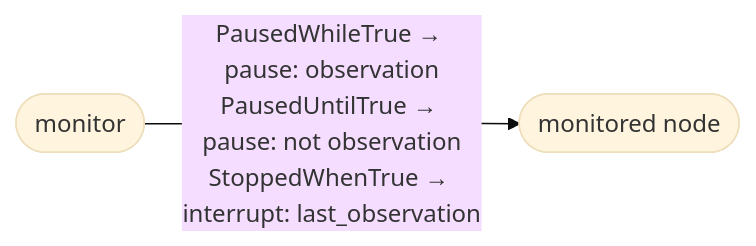
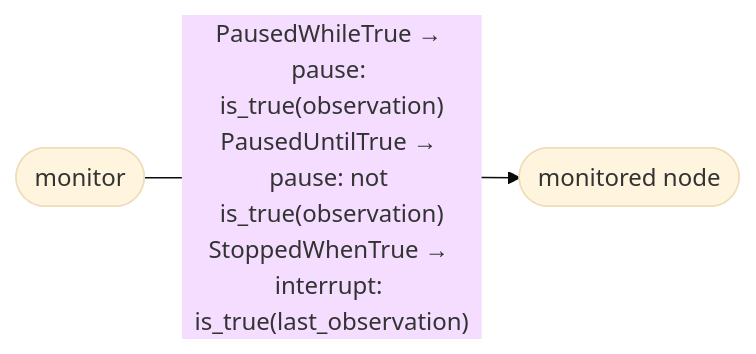
Before and after one commit to Tigul/cognitive_robot_abstract_machine: diagram 11 of 11 in giskardpy/doc/motion_statecharts.md, drawn with Mermaid (base theme). The commit also changed other lines of this file and 10 other files, not shown here.

````diff
--- a/giskardpy/doc/motion_statecharts.md
+++ b/giskardpy/doc/motion_statecharts.md
@@ -510,6 +525,6 @@
 ```{mermaid}
 flowchart LR
     monitor(["monitor"])
     node(["monitored node"])
-    monitor -- "PausedWhileTrue → pause: observation<br/>PausedUntilTrue → pause: not observation<br/>StoppedWhenTrue → interrupt: last_observation" --> node
+    monitor -- "PausedWhileTrue → pause: is_true(observation)<br/>PausedUntilTrue → pause: not is_true(observation)<br/>StoppedWhenTrue → interrupt: is_true(last_observation)" --> node
 ```
````
